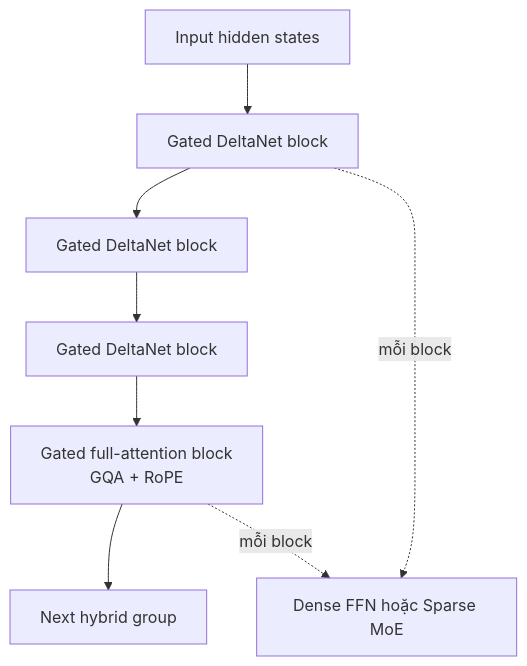
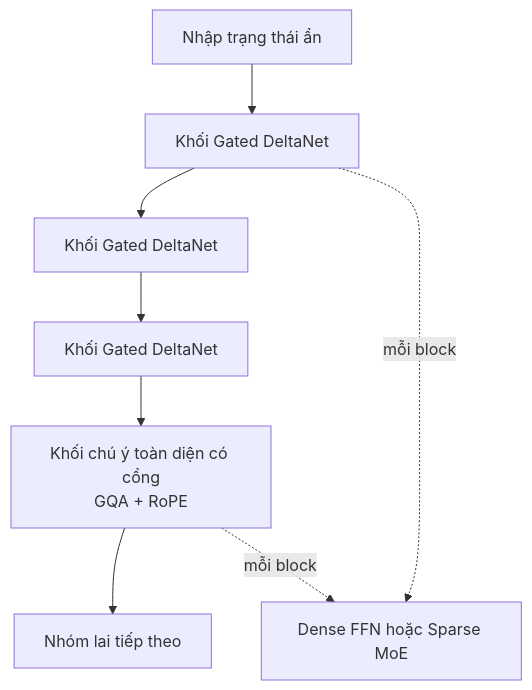
One commit to cycler04/VinRobotics-VLA changed the first of 3 diagrams in docs/research_finding/01-gwen/qwen_models/Qwen3.5/architecture.md. Above: the diagram before and after it, drawn with Mermaid. The commit also changed other lines of this file and 24 other files, not shown here.

````diff
--- a/docs/research_finding/01-gwen/qwen_models/Qwen3.5/architecture.md
+++ b/docs/research_finding/01-gwen/qwen_models/Qwen3.5/architecture.md
@@ -178,10 +178,10 @@
 ```mermaid
 flowchart TB
-  X[Input hidden states] --> D[Gated DeltaNet block]
-  D --> D2[Gated DeltaNet block]
-  D2 --> D3[Gated DeltaNet block]
-  D3 --> A[Gated full-attention block<br/>GQA + RoPE]
-  A --> N[Next hybrid group]
+  X[Nhập trạng thái ẩn] --> D[Khối Gated DeltaNet]
+  D --> D2[Khối Gated DeltaNet]
+  D2 --> D3[Khối Gated DeltaNet]
+  D3 --> A[Khối chú ý toàn diện có cổng<br/>GQA + RoPE]
+  A --> N[Nhóm lai tiếp theo]
   D -. mỗi block .-> F[Dense FFN hoặc Sparse MoE]
   A -. mỗi block .-> F
 ```
````
